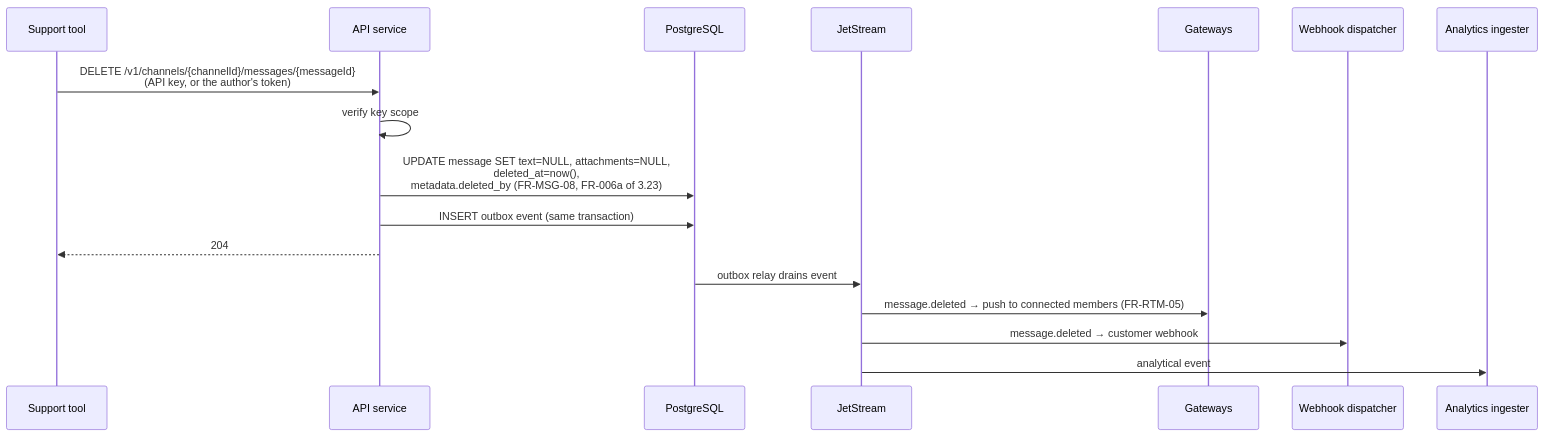
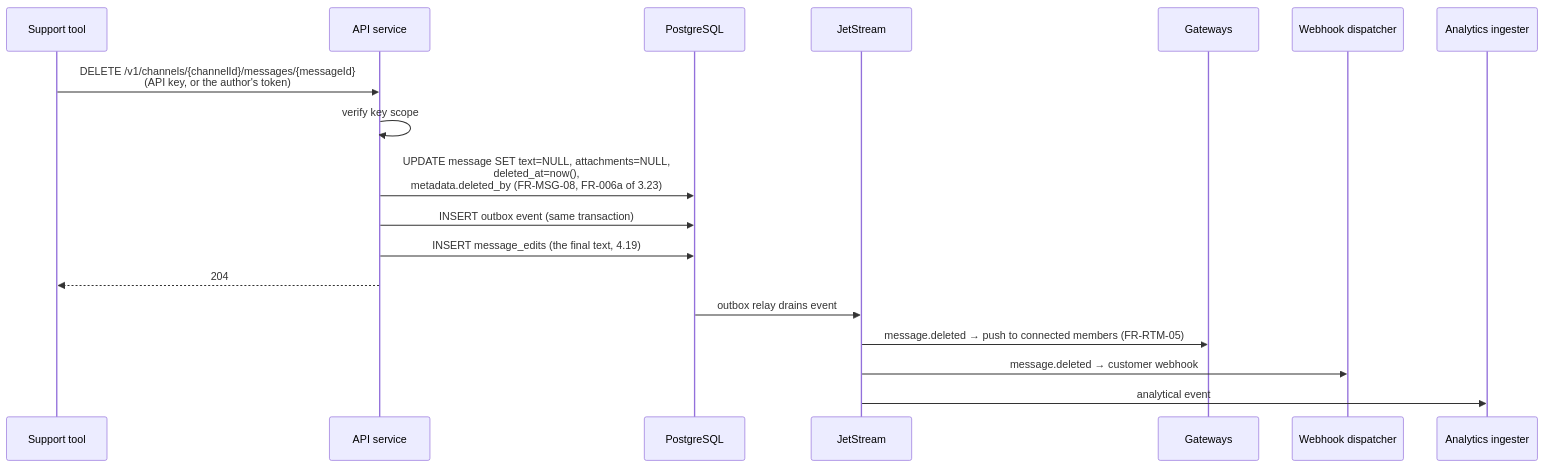
The sixth of 7 diagrams in content/docs/05-sad.md (anhba817/relay-tutorial), drawn with Mermaid before and after one commit. The commit also changed other lines of this file and 6 other files, not shown here.

````diff
--- a/content/docs/05-sad.md
+++ b/content/docs/05-sad.md
@@ -400,20 +400,21 @@
 ```mermaid
 sequenceDiagram
     participant S as Support tool
     participant A as API service
     participant P as PostgreSQL
     participant J as JetStream
     participant G as Gateways
     participant W as Webhook dispatcher
     participant I as Analytics ingester
 
     S->>A: DELETE /v1/channels/{channelId}/messages/{messageId}<br/>(API key, or the author's token)
     A->>A: verify key scope
     A->>P: UPDATE message SET text=NULL, attachments=NULL,<br/>deleted_at=now(),<br/>metadata.deleted_by (FR-MSG-08, FR-006a of 3.23)
     A->>P: INSERT outbox event (same transaction)
+    A->>P: INSERT message_edits (the final text, 4.19)
     A-->>S: 204
     P->>J: outbox relay drains event
     J->>G: message.deleted → push to connected members (FR-RTM-05)
     J->>W: message.deleted → customer webhook
     J->>I: analytical event
 ```
````
